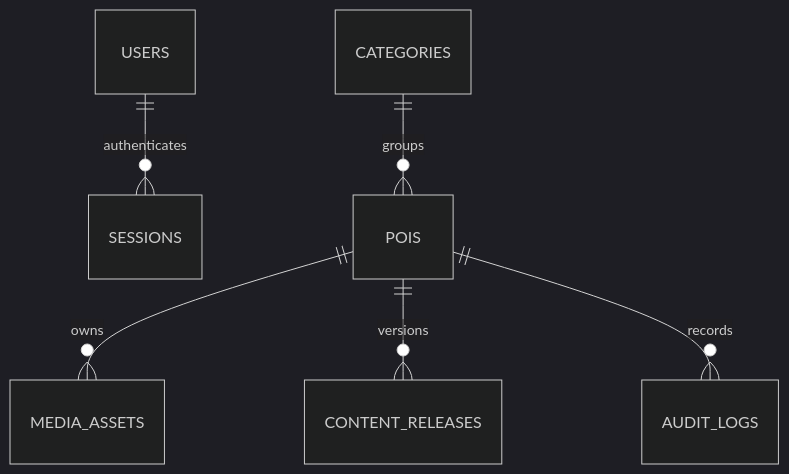
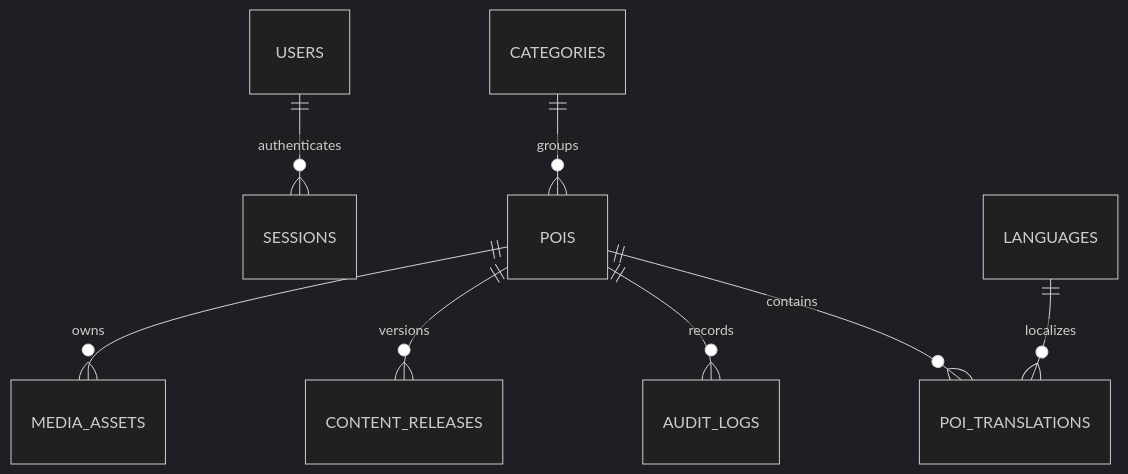
Before and after one commit to Domyan-nn/quan1tourism: the diagram in docs/ARCHITECTURE.md, drawn with Mermaid (dark theme). The commit also changed other lines of this file and 36 other files, not shown here.

````diff
--- a/docs/ARCHITECTURE.md
+++ b/docs/ARCHITECTURE.md
@@ -26,8 +26,10 @@
 ```mermaid
 erDiagram
   USERS ||--o{ SESSIONS : authenticates
   CATEGORIES ||--o{ POIS : groups
   POIS ||--o{ MEDIA_ASSETS : owns
   POIS ||--o{ CONTENT_RELEASES : versions
   POIS ||--o{ AUDIT_LOGS : records
+  POIS ||--o{ POI_TRANSLATIONS : contains
+  LANGUAGES ||--o{ POI_TRANSLATIONS : localizes
 ```
````
